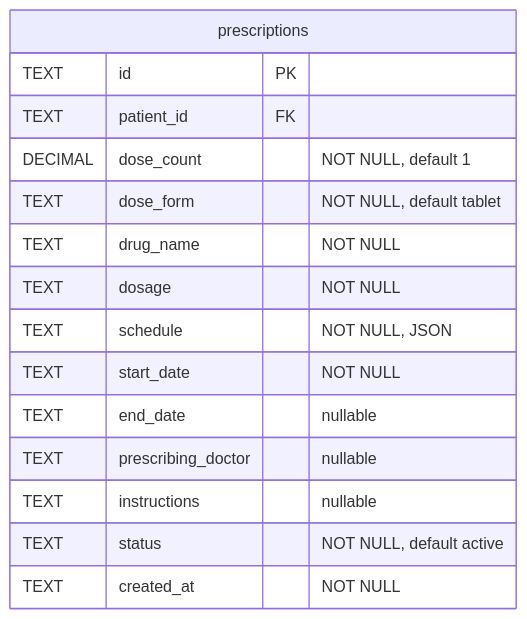
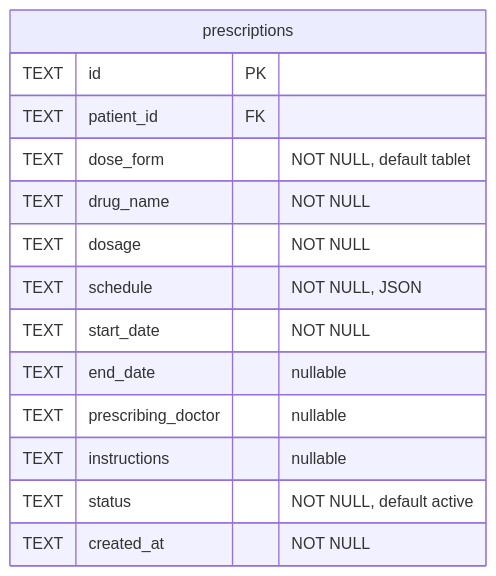
One commit to ianjmacintosh/pillbug changed the third of 4 diagrams in CONTEXT.md. Above: the diagram before and after it, drawn with Mermaid. The commit also changed other lines of this file and 1 other file, not shown here.

````diff
--- a/CONTEXT.md
+++ b/CONTEXT.md
@@ -241,18 +243,17 @@
 ```mermaid
 erDiagram
     prescriptions {
         TEXT id PK
         TEXT patient_id FK
-        DECIMAL dose_count "NOT NULL, default 1"
         TEXT dose_form "NOT NULL, default tablet"
         TEXT drug_name "NOT NULL"
         TEXT dosage "NOT NULL"
         TEXT schedule "NOT NULL, JSON"
         TEXT start_date "NOT NULL"
         TEXT end_date "nullable"
         TEXT prescribing_doctor "nullable"
         TEXT instructions "nullable"
         TEXT status "NOT NULL, default active"
         TEXT created_at "NOT NULL"
     }
 ```
````
